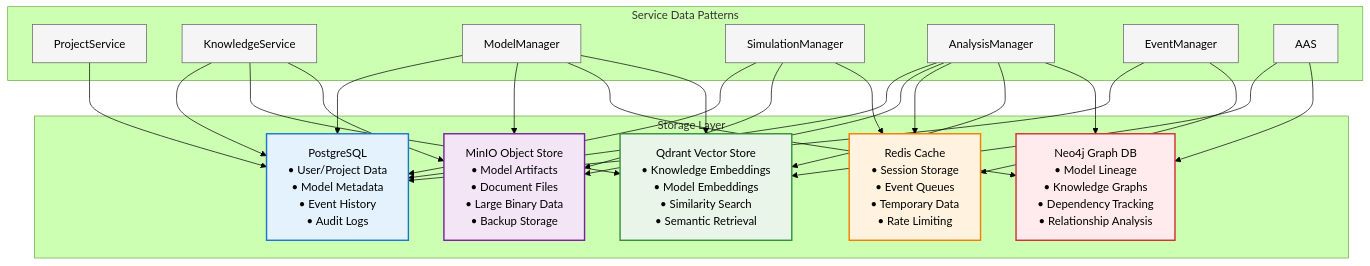
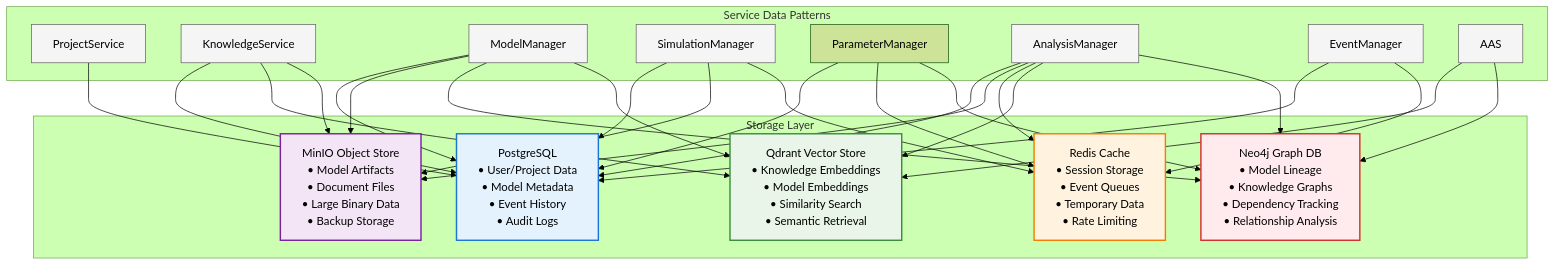
One commit to laserpointlabs/dadms changed the second of 2 diagrams in docs/architecture/README.md. Above: the diagram before and after it, drawn with Mermaid (forest theme). The commit also changed other lines of this file and 5 other files, not shown here.

First line of the commit message:
feat: Add Parameter Manager API documentation and architecture updates

````diff
--- a/docs/architecture/README.md
+++ b/docs/architecture/README.md
@@ -101,48 +108,51 @@
 ```mermaid
 %%{init: { 'flowchart': { 'curve': 'orthogonal' }}}%%
 flowchart TD
     subgraph Storage["Storage Layer"]
         PostgreSQL["PostgreSQL<br/>• User/Project Data<br/>• Model Metadata<br/>• Event History<br/>• Audit Logs"]
         Qdrant["Qdrant Vector Store<br/>• Knowledge Embeddings<br/>• Model Embeddings<br/>• Similarity Search<br/>• Semantic Retrieval"]
         Redis["Redis Cache<br/>• Session Storage<br/>• Event Queues<br/>• Temporary Data<br/>• Rate Limiting"]
         MinIO["MinIO Object Store<br/>• Model Artifacts<br/>• Document Files<br/>• Large Binary Data<br/>• Backup Storage"]
         Neo4j["Neo4j Graph DB<br/>• Model Lineage<br/>• Knowledge Graphs<br/>• Dependency Tracking<br/>• Relationship Analysis"]
     end
     
     subgraph Services["Service Data Patterns"]
         ProjectService --> PostgreSQL
         KnowledgeService --> PostgreSQL
         KnowledgeService --> Qdrant
         KnowledgeService --> MinIO
         ModelManager --> PostgreSQL
         ModelManager --> MinIO
         ModelManager --> Neo4j
         ModelManager --> Qdrant
         SimulationManager --> PostgreSQL
         SimulationManager --> MinIO
         SimulationManager --> Redis
+        ParameterManager --> PostgreSQL
+        ParameterManager --> Redis
+        ParameterManager --> Neo4j
         AnalysisManager --> PostgreSQL
         AnalysisManager --> MinIO
         AnalysisManager --> Redis
         AnalysisManager --> Qdrant
         AnalysisManager --> Neo4j
         EventManager --> PostgreSQL
         EventManager --> Redis
         AAS --> Qdrant
         AAS --> Neo4j
     end
     
     classDef primary fill:#e3f2fd,stroke:#1976d2,stroke-width:2px;
     classDef vector fill:#e8f5e8,stroke:#388e3c,stroke-width:2px;
     classDef cache fill:#fff3e0,stroke:#f57c00,stroke-width:2px;
     classDef object fill:#f3e5f5,stroke:#7b1fa2,stroke-width:2px;
     classDef graphdb fill:#ffebee,stroke:#d32f2f,stroke-width:2px;
     classDef service fill:#f5f5f5,stroke:#616161,stroke-width:1px;
     
     class PostgreSQL primary;
     class Qdrant vector;
     class Redis cache;
     class MinIO object;
     class Neo4j graphdb;
     class ProjectService,KnowledgeService,ModelManager,SimulationManager,AnalysisManager,EventManager,AAS service;
 ```
````
